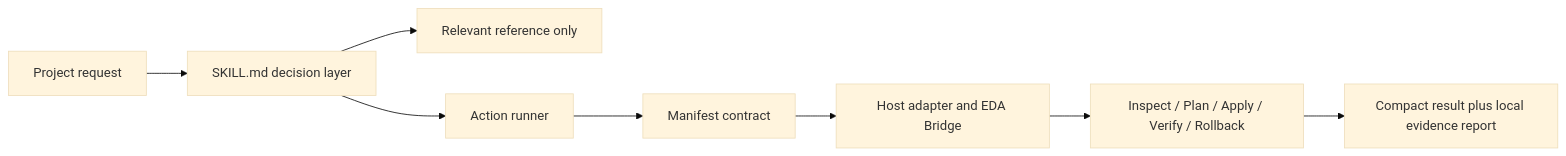
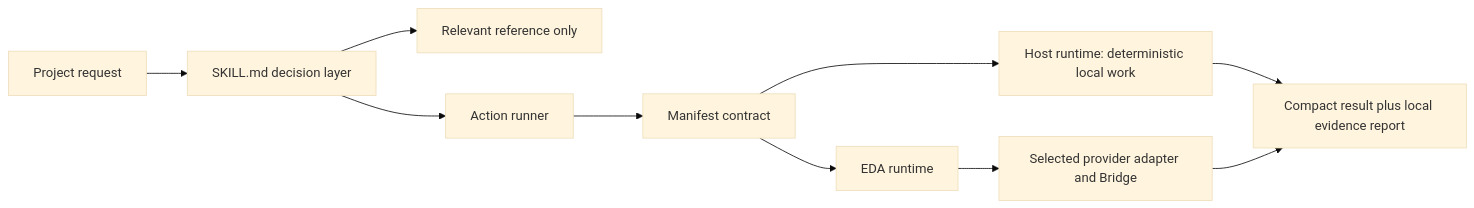
The diagram in README.md (flitfancy/flitrealize), drawn with Mermaid (base theme) before and after one commit. The commit also changed other lines of this file and 28 other files, not shown here.

Commit message:
feat: add provider-neutral schematic contract audit

````diff
--- a/README.md
+++ b/README.md
@@ -87,10 +90,12 @@
 ```mermaid
 flowchart LR
     A[Project request] --> B[SKILL.md decision layer]
     B --> C[Relevant reference only]
     B --> D[Action runner]
     D --> E[Manifest contract]
-    E --> F[Host adapter and EDA Bridge]
-    F --> G[Inspect / Plan / Apply / Verify / Rollback]
-    G --> H[Compact result plus local evidence report]
+    E --> F[Host runtime: deterministic local work]
+    E --> G[EDA runtime]
+    G --> H[Selected provider adapter and Bridge]
+    F --> I[Compact result plus local evidence report]
+    H --> I
 ```
````
